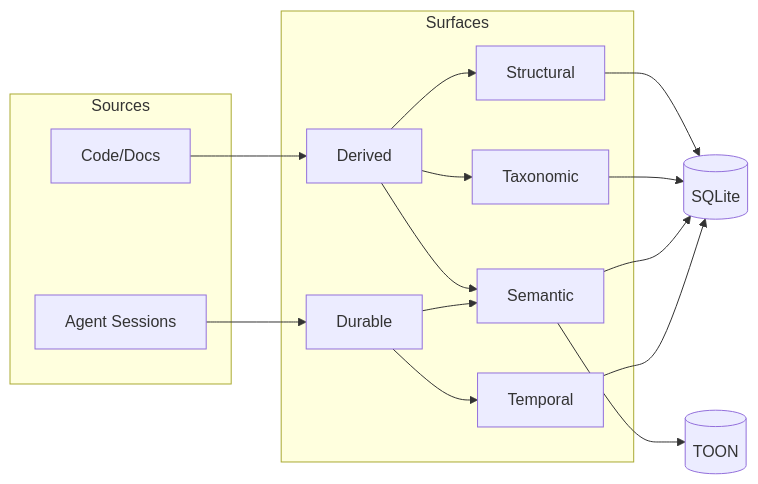
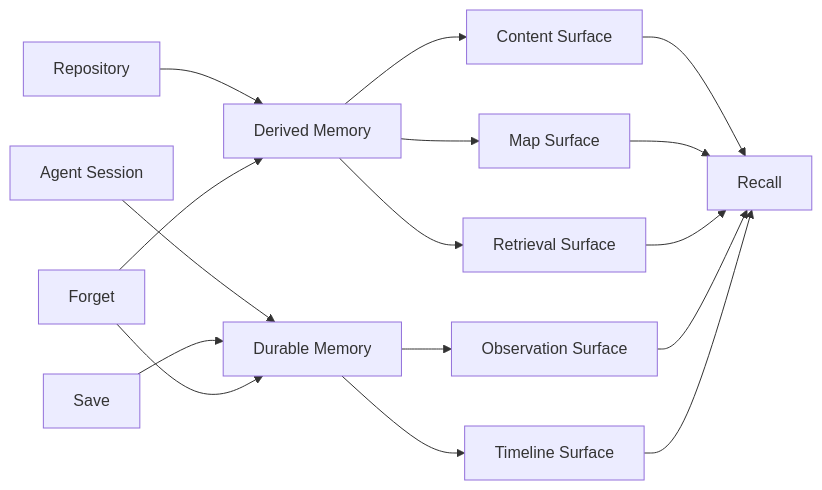
The diagram in docs/core-concepts/memory-model.md (konteks/cli), drawn with Mermaid before and after one commit. The commit also changed other lines of this file and 3 other files, not shown here.

````diff
--- a/docs/core-concepts/memory-model.md
+++ b/docs/core-concepts/memory-model.md
@@ -12,20 +12,21 @@
 ```mermaid
 graph LR
-    subgraph "Sources"
-    Code[Code/Docs]
-    Agent[Agent Sessions]
-    end
+    Repo[Repository] --> Derived[Derived Memory]
+    Agent[Agent Session] --> Durable[Durable Memory]
 
-    Code --> Derived[Derived]
-    Agent --> Durable[Durable]
+    Derived --> Content[Content Surface]
+    Derived --> Map[Map Surface]
+    Derived --> Retrieval[Retrieval Surface]
+    Durable --> Notes[Observation Surface]
+    Durable --> Timeline[Timeline Surface]
 
-    subgraph "Surfaces"
-    Derived --> Structural["Structural"]
-    Derived --> Taxonomic["Taxonomic"]
-    Derived & Durable --> Semantic["Semantic"]
-    Durable --> Temporal["Temporal"]
-    end
+    Content --> Recall[Recall]
+    Map --> Recall
+    Retrieval --> Recall
+    Notes --> Recall
+    Timeline --> Recall
 
-    Structural & Taxonomic & Semantic & Temporal --> SQLite[(SQLite)]
-    Semantic --> TOON[(TOON)]
+    Save[Save] --> Durable
+    Forget[Forget] --> Durable
+    Forget --> Derived
 ```
````
